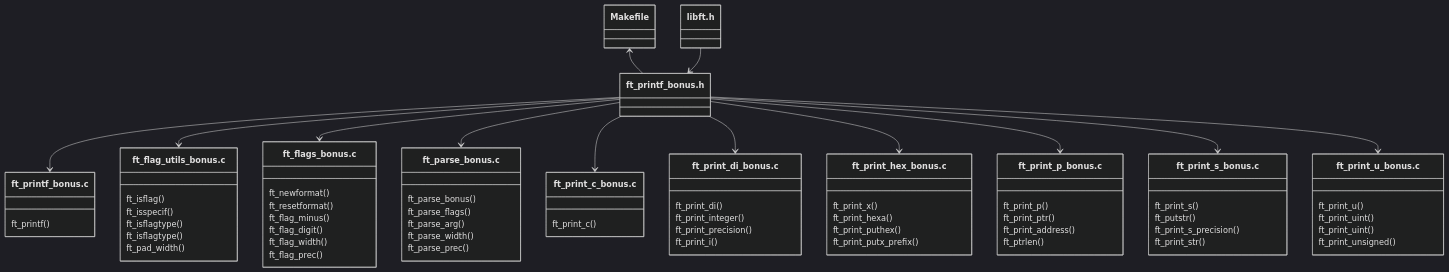
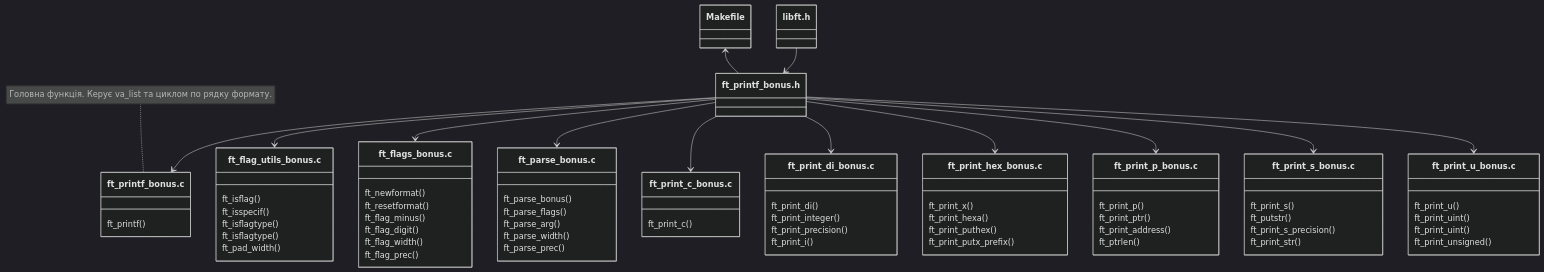
Before and after one commit to Gefolgwar/ft_printf: the diagram in README.md, drawn with Mermaid (dark theme).

````diff
--- a/README.md
+++ b/README.md
@@ -115,72 +115,73 @@
 ```mermaid
 ---
 title ft_printf w/ Bonus Structure
 ---
 classDiagram
     class Makefile
     class libft["libft.h"]
     
     class ft_printf_h["ft_printf_bonus.h"]
     class ft_printf["ft_printf_bonus.c"]
     class ft_flag_utils["ft_flag_utils_bonus.c"]
     class ft_flags["ft_flags_bonus.c"]
     class ft_parse["ft_parse_bonus.c"]
     class ft_print_c["ft_print_c_bonus.c"]
     class ft_print_di["ft_print_di_bonus.c"]
     class ft_print_hex["ft_print_hex_bonus.c"]
     class ft_print_p["ft_print_p_bonus.c"]
     class ft_print_s["ft_print_s_bonus.c"]
     class ft_print_u["ft_print_u_bonus.c"]
    
     Makefile <-- ft_printf_h
     libft --> ft_printf_h
     ft_printf_h --> ft_printf
     ft_printf_h --> ft_flag_utils
     ft_printf_h --> ft_flags
     ft_printf_h --> ft_parse
     ft_printf_h --> ft_print_c
     ft_printf_h --> ft_print_di
     ft_printf_h --> ft_print_hex
     ft_printf_h --> ft_print_p
     ft_printf_h --> ft_print_s
     ft_printf_h --> ft_print_u
     
     ft_printf : ft_printf()
+    note for ft_printf "Головна функція. Керує va_list та циклом по рядку формату."
     ft_flag_utils : ft_isflag()
     ft_flag_utils : ft_isspecif()
     ft_flag_utils : ft_isflagtype()
     ft_flag_utils : ft_isflagtype()
     ft_flag_utils : ft_pad_width()
     ft_flags : ft_newformat()
     ft_flags : ft_resetformat()
     ft_flags : ft_flag_minus()
     ft_flags : ft_flag_digit()
     ft_flags : ft_flag_width()
     ft_flags : ft_flag_prec()
     ft_parse : ft_parse_bonus()
     ft_parse : ft_parse_flags()
     ft_parse : ft_parse_arg()
     ft_parse : ft_parse_width()
     ft_parse : ft_parse_prec()
     ft_print_c : ft_print_c()
     ft_print_di : ft_print_di()
     ft_print_di : ft_print_integer()
     ft_print_di : ft_print_precision()
     ft_print_di : ft_print_i()
     ft_print_hex : ft_print_x()
     ft_print_hex : ft_print_hexa()
     ft_print_hex : ft_print_puthex()
     ft_print_hex : ft_print_putx_prefix()
     ft_print_p : ft_print_p()
     ft_print_p : ft_print_ptr()
     ft_print_p : ft_print_address()
     ft_print_p : ft_ptrlen()
     ft_print_s : ft_print_s()
     ft_print_s : ft_putstr()
     ft_print_s : ft_print_s_precision()
     ft_print_s : ft_print_str()
     ft_print_u : ft_print_u()
     ft_print_u : ft_print_uint()
     ft_print_u : ft_print_uint()
     ft_print_u : ft_print_unsigned()
 ```
````
